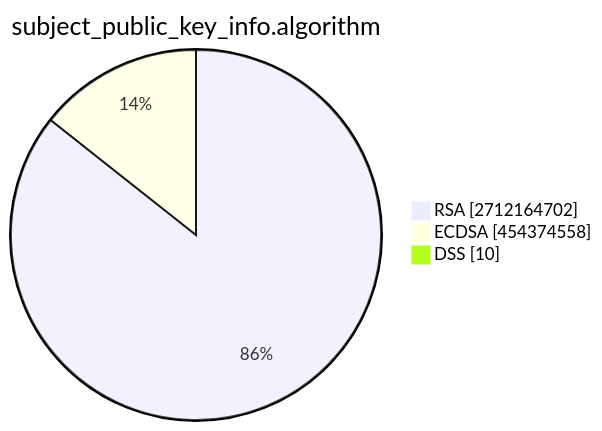
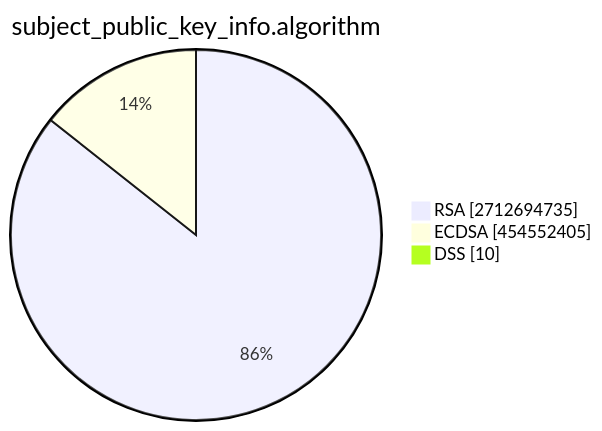
One commit to christiankrug/ctmonitor_visualization changed the second of 15 diagrams in TOTAL/README.md. Above: the diagram before and after it, drawn with Mermaid. The commit also changed other lines of this file, not shown here.

````diff
--- a/TOTAL/README.md
+++ b/TOTAL/README.md
@@ -6,7 +6,7 @@
 ```mermaid
 pie showData
 title subject_public_key_info.algorithm
-"RSA" :2712164702
-"ECDSA" :454374558
+"RSA" :2712694735
+"ECDSA" :454552405
 "DSS" :10
 ```
````
